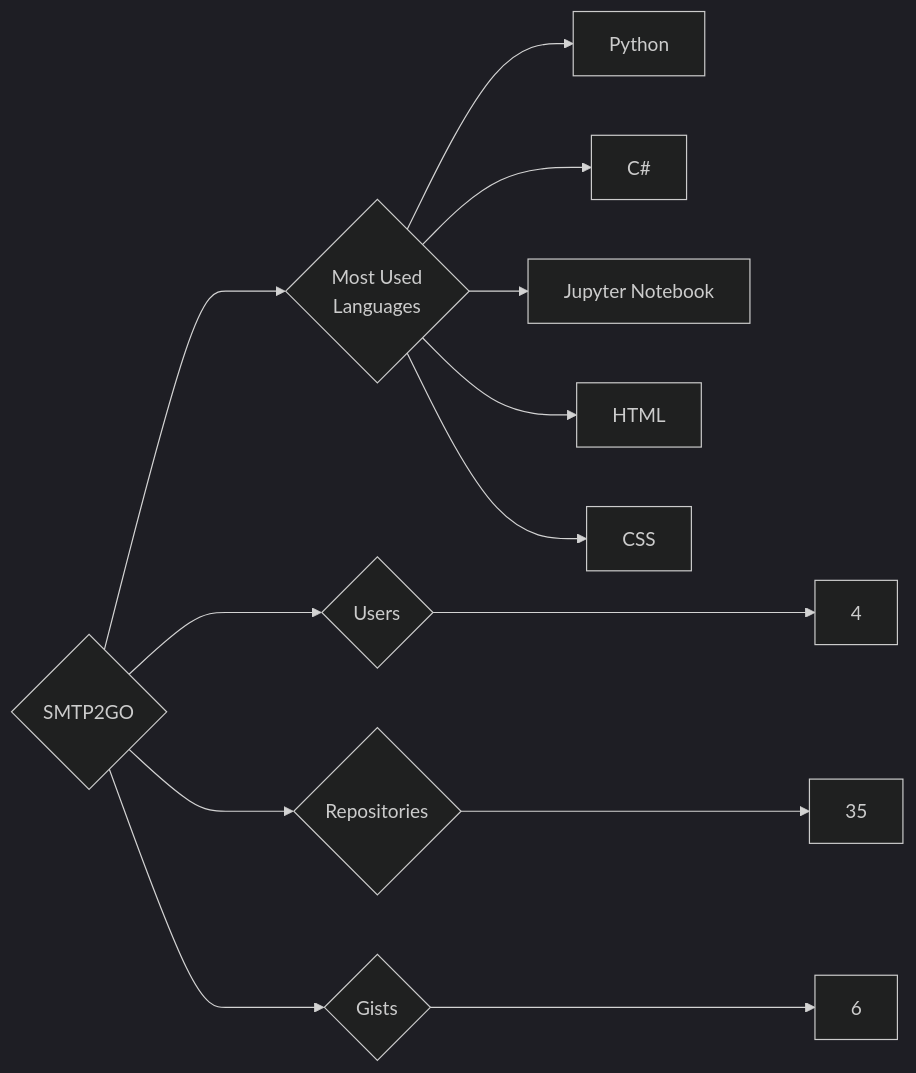
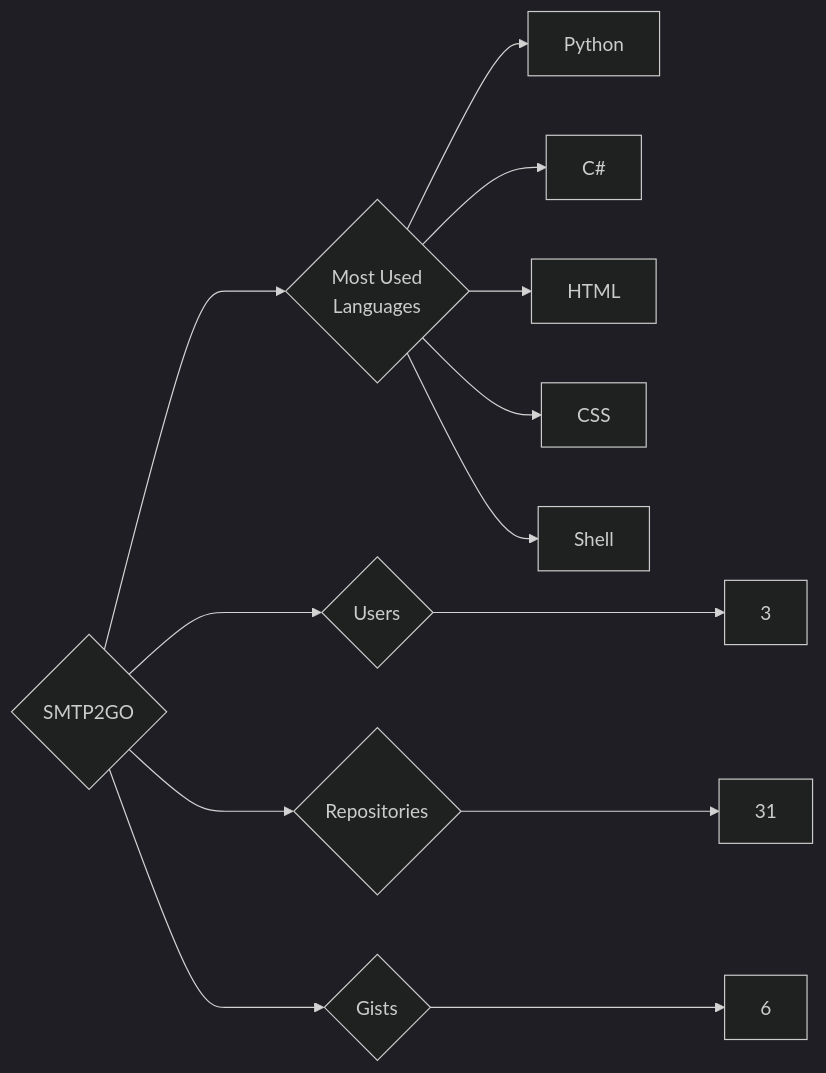
One commit to trickest/insiders changed the diagram in targets/SMTP2GO/README.md. Above: the diagram before and after it, drawn with Mermaid (dark theme). The commit also changed 895 other files, not shown here.

````diff
--- a/targets/SMTP2GO/README.md
+++ b/targets/SMTP2GO/README.md
@@ -3,13 +3,13 @@
 ```mermaid
 graph LR
 COMPANY_NAME{SMTP2GO}
-COMPANY_NAME ---> U{Users} ---> UN[4]
-COMPANY_NAME ---> R{Repositories} ---> RN[35]
+COMPANY_NAME ---> U{Users} ---> UN[3]
+COMPANY_NAME ---> R{Repositories} ---> RN[31]
 COMPANY_NAME ---> G{Gists} ---> GN[6]
 COMPANY_NAME ---> ML{Most Used<br>Languages}
 ML --> Python[Python]
 ML --> C#[C#]
-ML --> Jupyter_Notebook[Jupyter Notebook]
 ML --> HTML[HTML]
 ML --> CSS[CSS]
+ML --> Shell[Shell]
 ```
````
